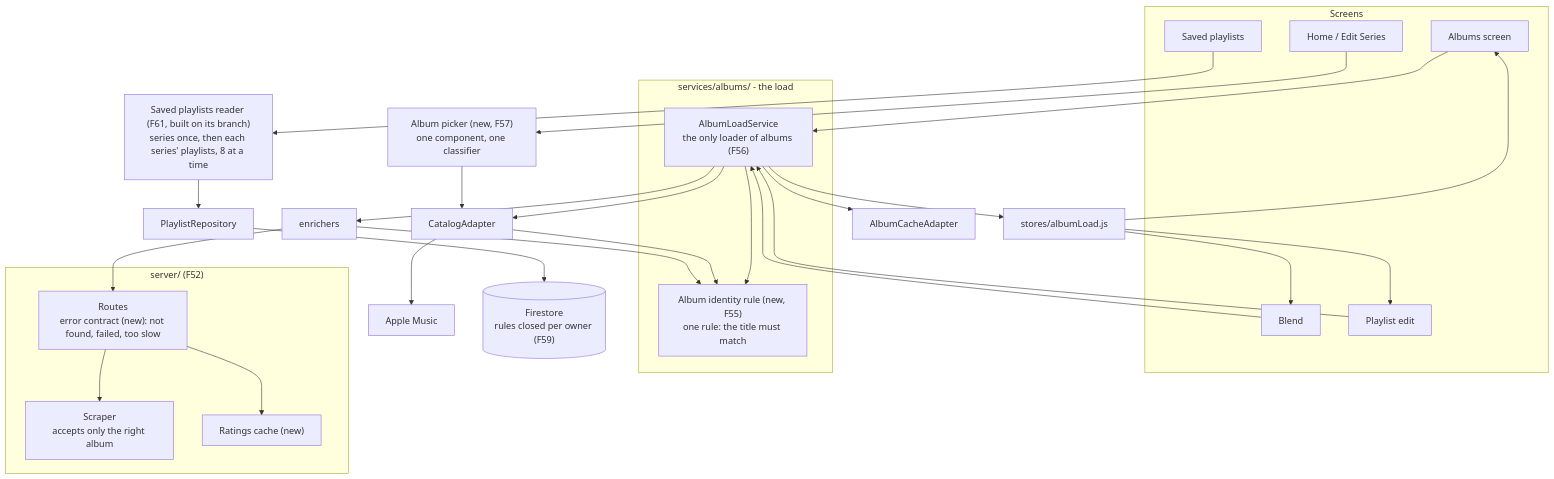
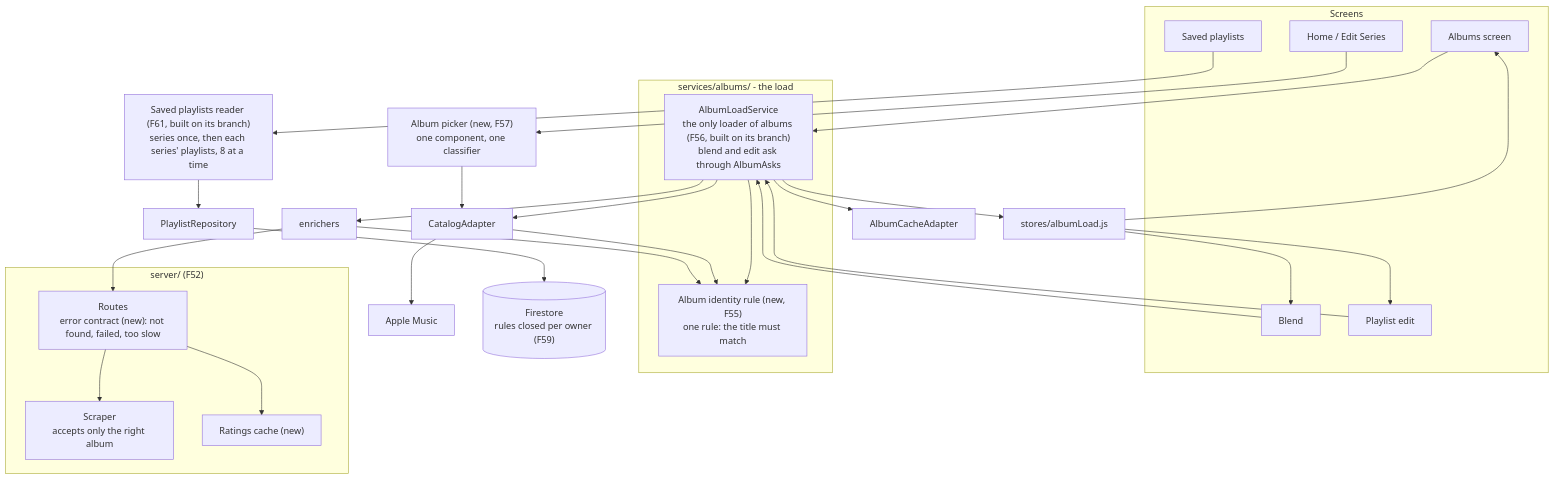
One commit to maujrp99/MJRP_AlbumsBalancedPlaylists_v0 changed the seventh of 7 diagrams in docs/manual/01_System_Architecture.md. Above: the diagram before and after it, drawn with Mermaid. The commit also changed other lines of this file and 16 other files, not shown here.

````diff
--- a/docs/manual/01_System_Architecture.md
+++ b/docs/manual/01_System_Architecture.md
@@ -330,47 +330,47 @@
 ```mermaid
 flowchart TB
     subgraph Screens
         A["Albums screen"]
         B["Blend"]
         E["Playlist edit"]
         H["Saved playlists"]
         HM["Home / Edit Series"]
     end
 
     A --> ALS
     B --> ALS
     E --> ALS
     H --> SPR["Saved playlists reader (F61, built on its branch)<br>series once, then each series' playlists, 8 at a time"]
     HM --> PK["Album picker (new, F57)<br>one component, one classifier"]
 
     subgraph Load["services/albums/ - the load"]
-        ALS["AlbumLoadService<br>the only loader of albums (F56)"]
+        ALS["AlbumLoadService<br>the only loader of albums (F56, built on its branch)<br>blend and edit ask through AlbumAsks"]
         ID["Album identity rule (new, F55)<br>one rule: the title must match"]
         ALS --> ID
     end
 
     ALS --> CA["CatalogAdapter"]
     ALS --> EN["enrichers"]
     ALS --> KA["AlbumCacheAdapter"]
     CA --> ID
     EN --> ID
     PK --> CA
 
     CA --> MK["Apple Music"]
     EN --> SRV
 
     subgraph Server["server/ (F52)"]
         SRV["Routes<br>error contract (new): not found, failed, too slow"]
         SCR["Scraper<br>accepts only the right album"]
         RC["Ratings cache (new)"]
         SRV --> SCR
         SRV --> RC
     end
 
     SPR --> PR["PlaylistRepository"]
     PR --> FS[("Firestore<br>rules closed per owner (F59)")]
     ALS --> LS["stores/albumLoad.js"]
     LS --> A
     LS --> B
     LS --> E
 ```
````
